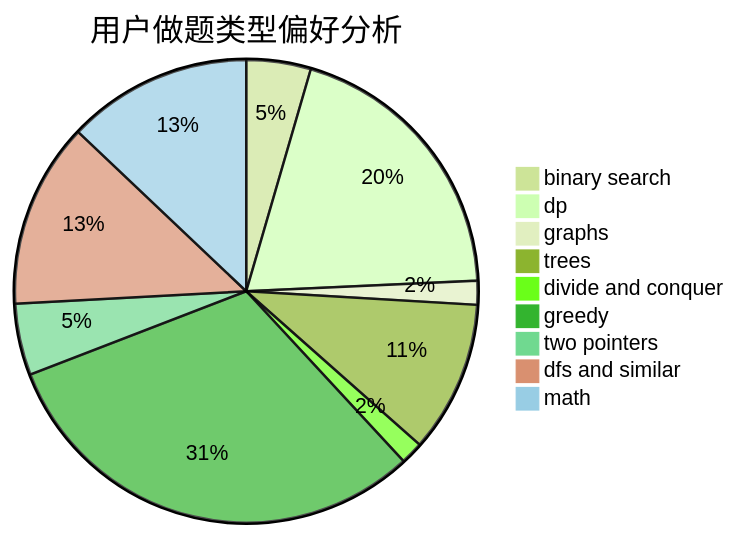
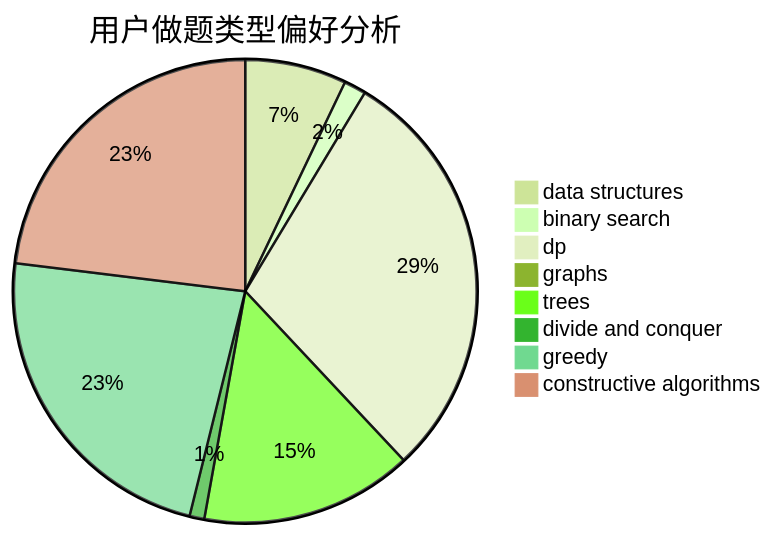
The second of 3 diagrams in docs/user/u2383.md (sherpahu/cfrs.github.io), drawn with Mermaid (forest theme) before and after one commit. The commit also changed other lines of this file and 2775 other files, not shown here.

````diff
--- a/docs/user/u2383.md
+++ b/docs/user/u2383.md
@@ -23,12 +23,11 @@
 ```mermaid
 pie title 用户做题类型偏好分析
-    "binary search" :  54
-    "dp" :  237
-    "graphs" :  20
-    "trees" :  127
-    "divide and conquer" :  19
-    "greedy" :  372
-    "two pointers" :  60
-    "dfs and similar" :  155
-    "math" :  155
+    "data structures" :  55
+    "binary search" :  12
+    "dp" :  228
+    "graphs" :  0
+    "trees" :  115
+    "divide and conquer" :  8
+    "greedy" :  179
+    "constructive algorithms" :  179
 ```
````
